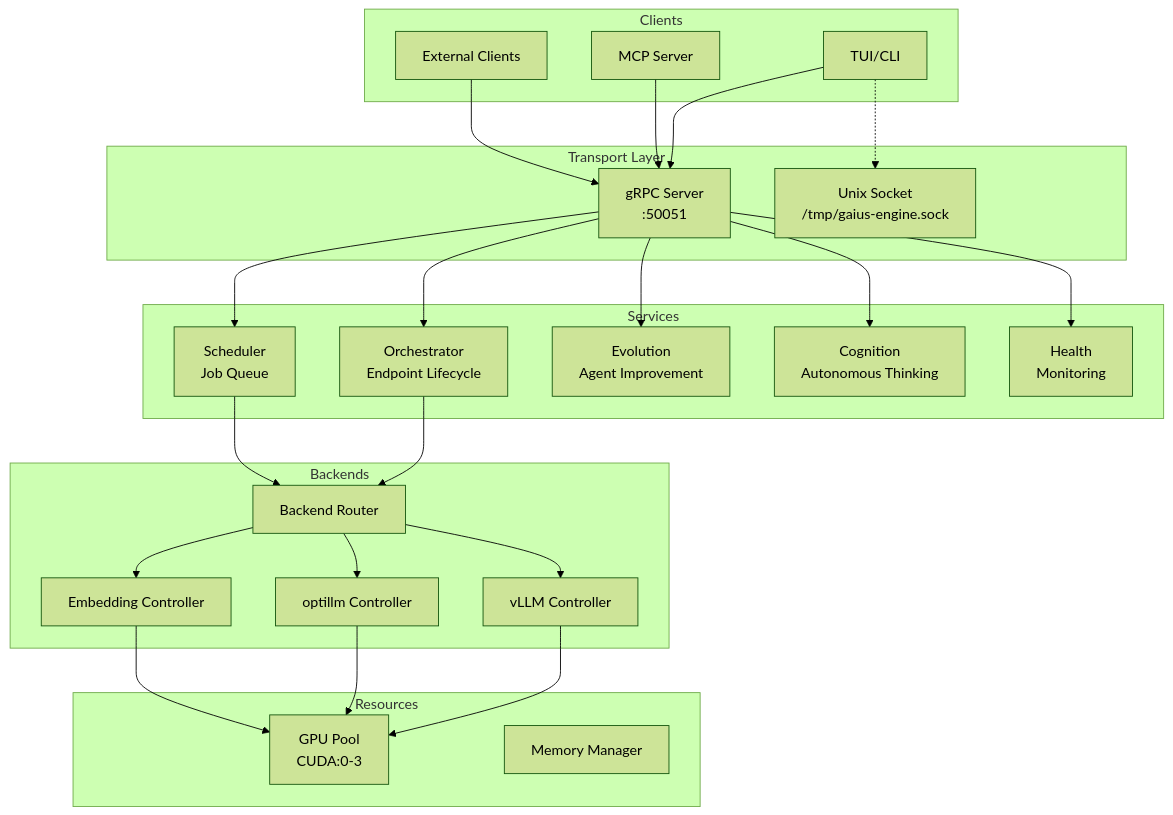
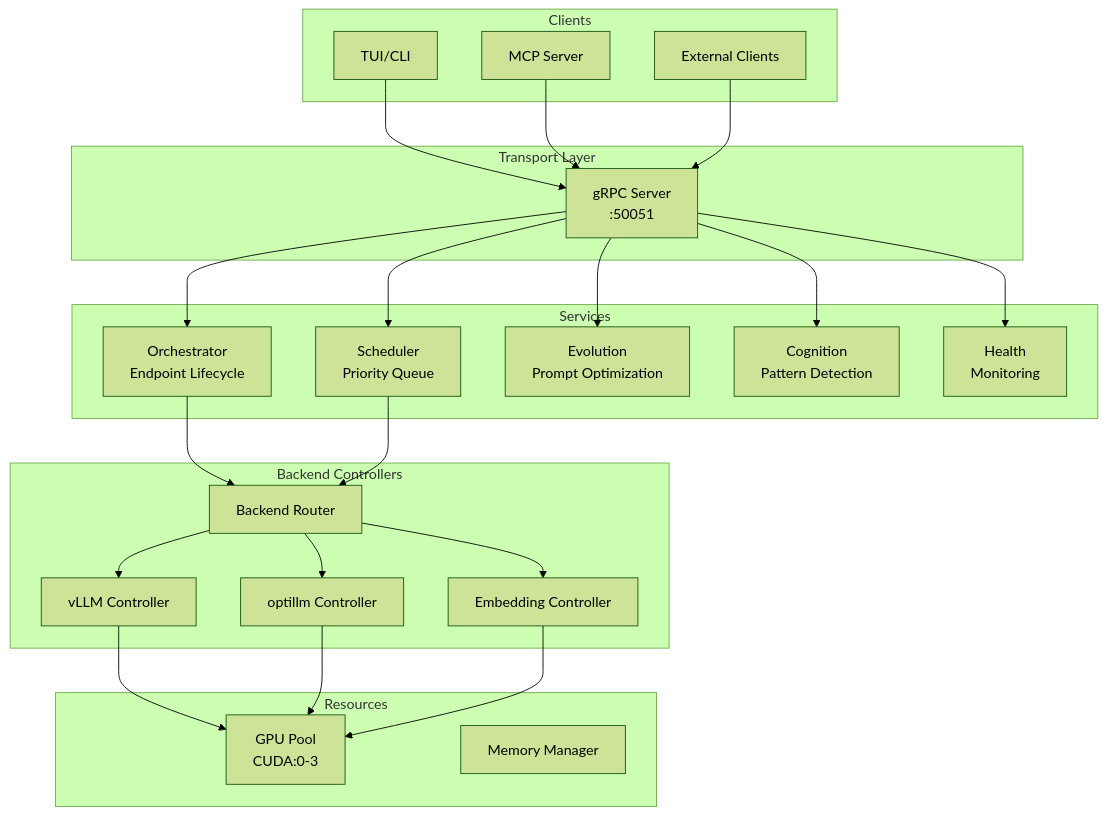
The first of 3 diagrams in src/gaius/engine/README.md (zndx/gaius), drawn with Mermaid (forest theme) before and after one commit. The commit also changed other lines of this file and 8 other files, not shown here.

````diff
--- a/src/gaius/engine/README.md
+++ b/src/gaius/engine/README.md
@@ -7,54 +7,52 @@
 ```mermaid
 graph TB
     subgraph "Clients"
         TUI[TUI/CLI]
         MCP[MCP Server]
         EXT[External Clients]
     end
 
     subgraph "Transport Layer"
         GRPC[gRPC Server<br/>:50051]
-        SOCK[Unix Socket<br/>/tmp/gaius-engine.sock]
     end
 
     subgraph "Services"
         ORCH[Orchestrator<br/>Endpoint Lifecycle]
-        SCHED[Scheduler<br/>Job Queue]
-        EVOL[Evolution<br/>Agent Improvement]
-        COG[Cognition<br/>Autonomous Thinking]
+        SCHED[Scheduler<br/>Priority Queue]
+        EVOL[Evolution<br/>Prompt Optimization]
+        COG[Cognition<br/>Pattern Detection]
         HEALTH[Health<br/>Monitoring]
     end
 
-    subgraph "Backends"
+    subgraph "Backend Controllers"
         ROUTER[Backend Router]
         VLLM[vLLM Controller]
         OPT[optillm Controller]
         EMB[Embedding Controller]
     end
 
     subgraph "Resources"
         GPU[GPU Pool<br/>CUDA:0-3]
         MEM[Memory Manager]
     end
 
     TUI --> GRPC
     MCP --> GRPC
     EXT --> GRPC
-    TUI -.-> SOCK
 
     GRPC --> ORCH
     GRPC --> SCHED
     GRPC --> EVOL
     GRPC --> COG
     GRPC --> HEALTH
 
     ORCH --> ROUTER
     SCHED --> ROUTER
     ROUTER --> VLLM
     ROUTER --> OPT
     ROUTER --> EMB
 
     VLLM --> GPU
     OPT --> GPU
     EMB --> GPU
 ```
````
